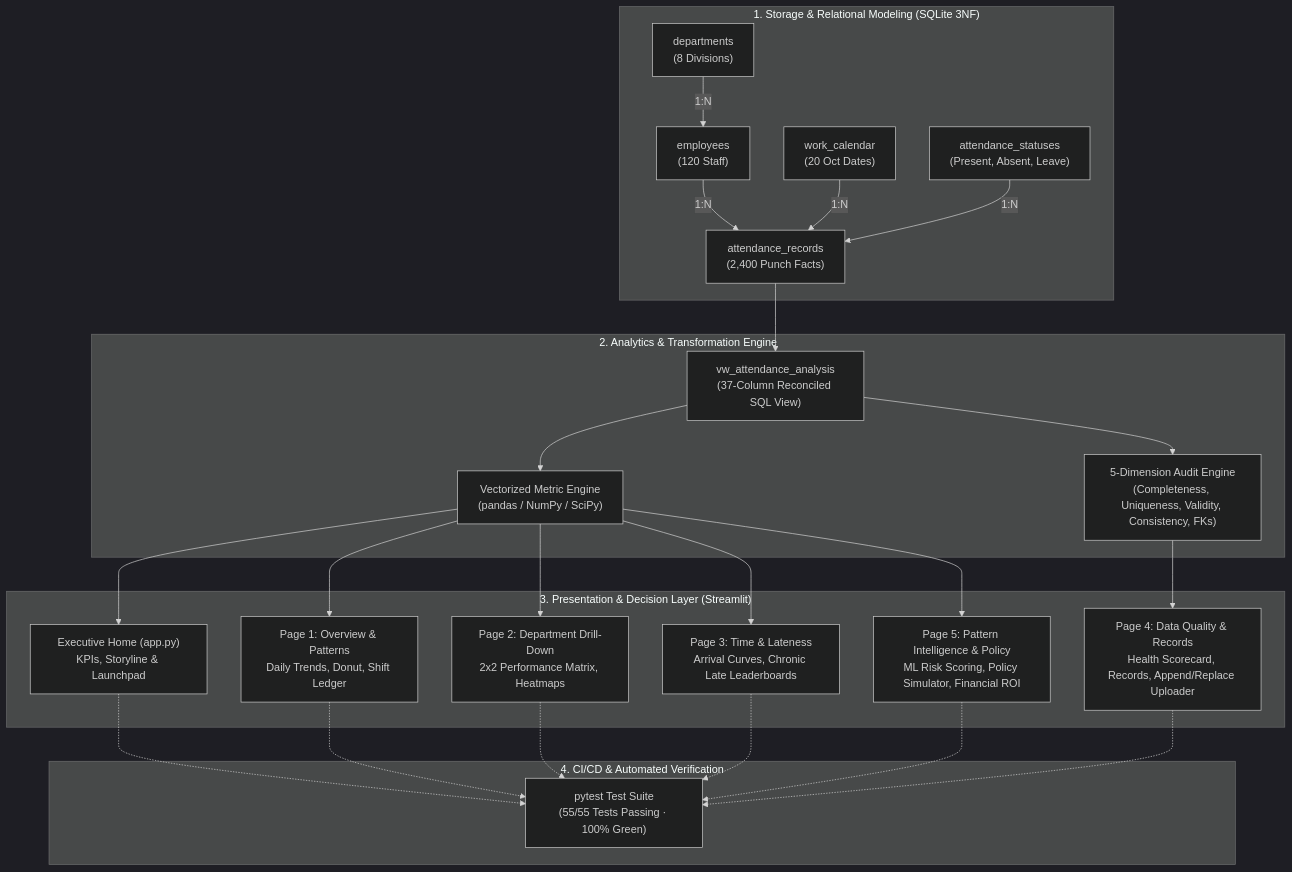
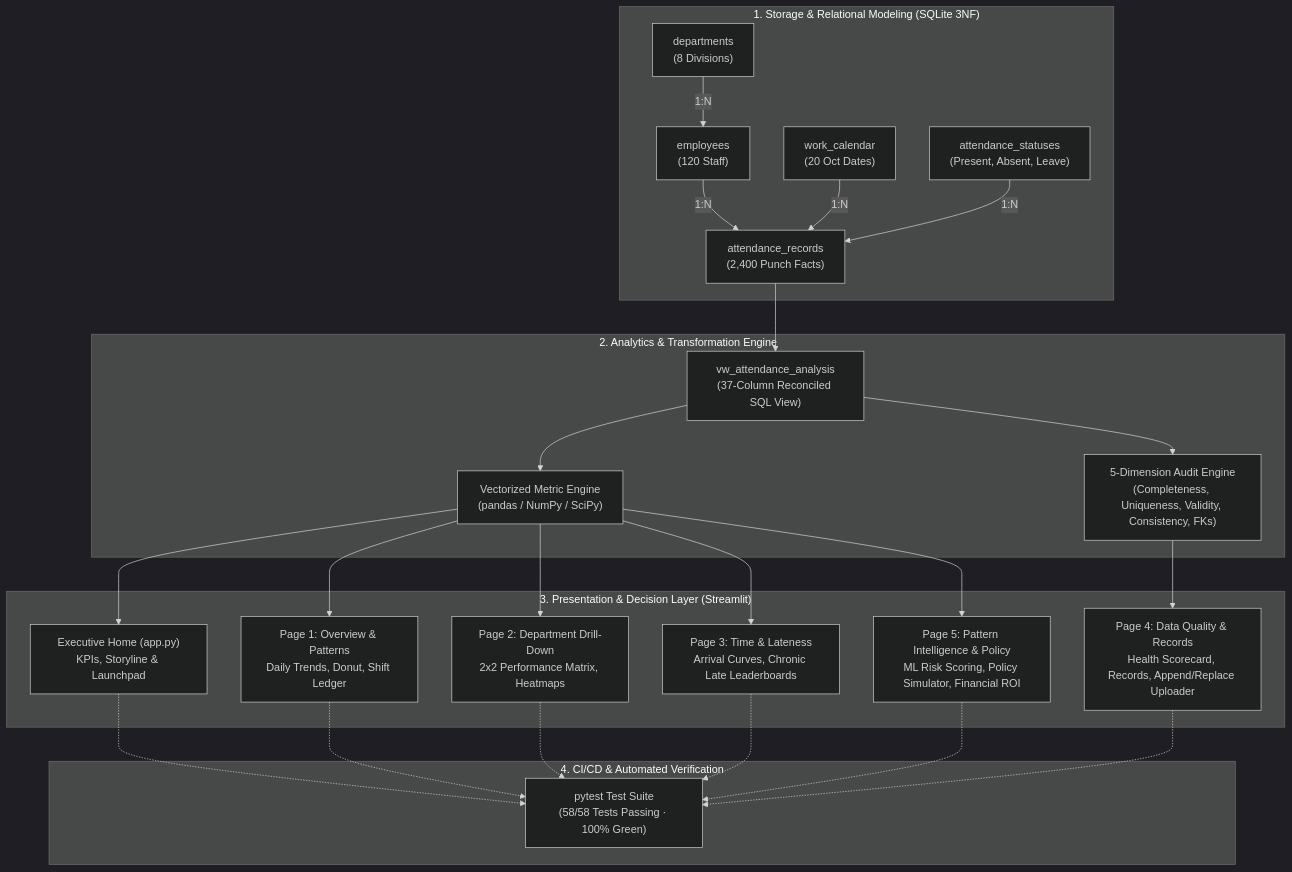
The diagram in README.md (AyushKatiyar972194/Employee_Attendance_Pattern_Analysis), drawn with Mermaid (dark theme) before and after one commit. The commit also changed other lines of this file, not shown here.

Commit message:
docs: sync test suite counts (58/58 passing) in README architecture diagram

````diff
--- a/README.md
+++ b/README.md
@@ -23,50 +23,50 @@
 ```mermaid
 flowchart TD
     subgraph Data Tier ["1. Storage & Relational Modeling (SQLite 3NF)"]
         D["departments<br/>(8 Divisions)"]
         E["employees<br/>(120 Staff)"]
         C["work_calendar<br/>(20 Oct Dates)"]
         S["attendance_statuses<br/>(Present, Absent, Leave)"]
         A["attendance_records<br/>(2,400 Punch Facts)"]
         
         D -->|1:N| E
         E -->|1:N| A
         C -->|1:N| A
         S -->|1:N| A
     end
 
     subgraph Transformation Layer ["2. Analytics & Transformation Engine"]
         V["vw_attendance_analysis<br/>(37-Column Reconciled SQL View)"]
         A --> V
         P["Vectorized Metric Engine<br/>(pandas / NumPy / SciPy)"]
         V --> P
         Q["5-Dimension Audit Engine<br/>(Completeness, Uniqueness, Validity, Consistency, FKs)"]
         V --> Q
     end
 
     subgraph Application Tier ["3. Presentation & Decision Layer (Streamlit)"]
         H["Executive Home (app.py)<br/>KPIs, Storyline & Launchpad"]
         P1["Page 1: Overview & Patterns<br/>Daily Trends, Donut, Shift Ledger"]
         P2["Page 2: Department Drill-Down<br/>2x2 Performance Matrix, Heatmaps"]
         P3["Page 3: Time & Lateness<br/>Arrival Curves, Chronic Late Leaderboards"]
         P4["Page 4: Data Quality & Records<br/>Health Scorecard, Records, Append/Replace Uploader"]
         P5["Page 5: Pattern Intelligence & Policy<br/>ML Risk Scoring, Policy Simulator, Financial ROI"]
         
         P --> H
         P --> P1
         P --> P2
         P --> P3
         Q --> P4
         P --> P5
     end
 
     subgraph Quality Gate ["4. CI/CD & Automated Verification"]
-        T["pytest Test Suite<br/>(55/55 Tests Passing · 100% Green)"]
+        T["pytest Test Suite<br/>(58/58 Tests Passing · 100% Green)"]
         H -.-> T
         P1 -.-> T
         P2 -.-> T
         P3 -.-> T
         P4 -.-> T
         P5 -.-> T
     end
 ```
````
